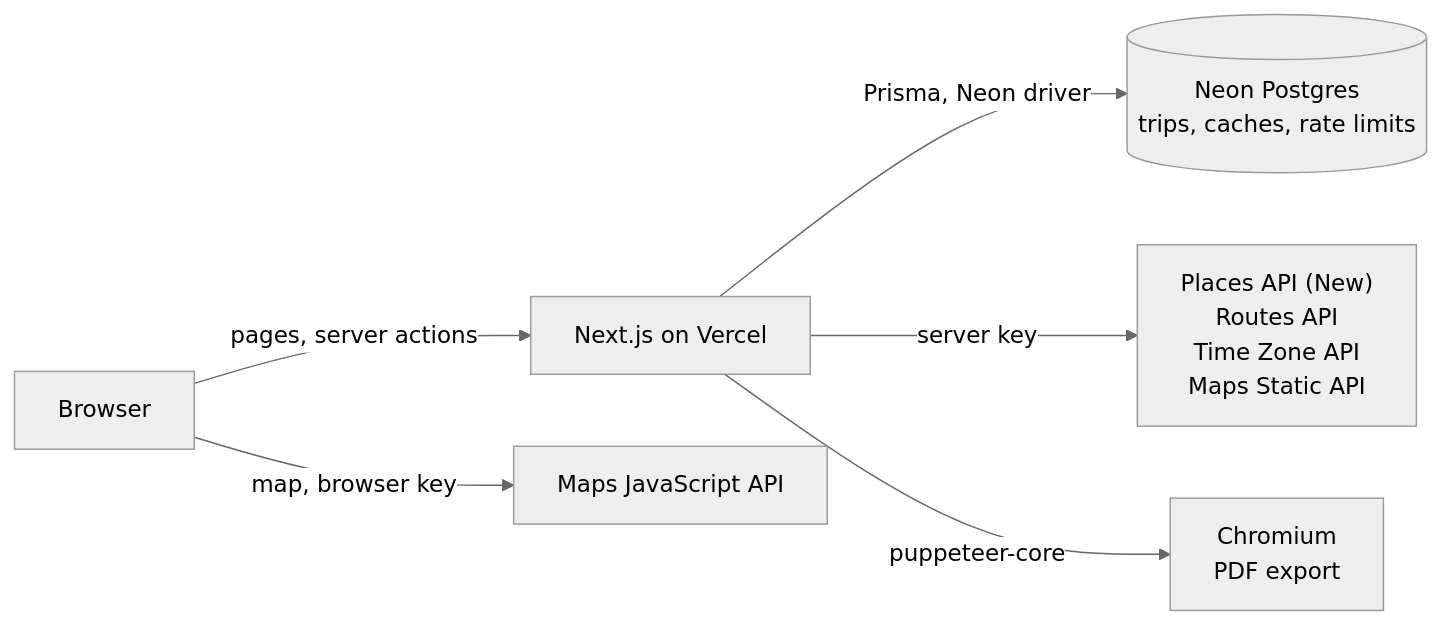
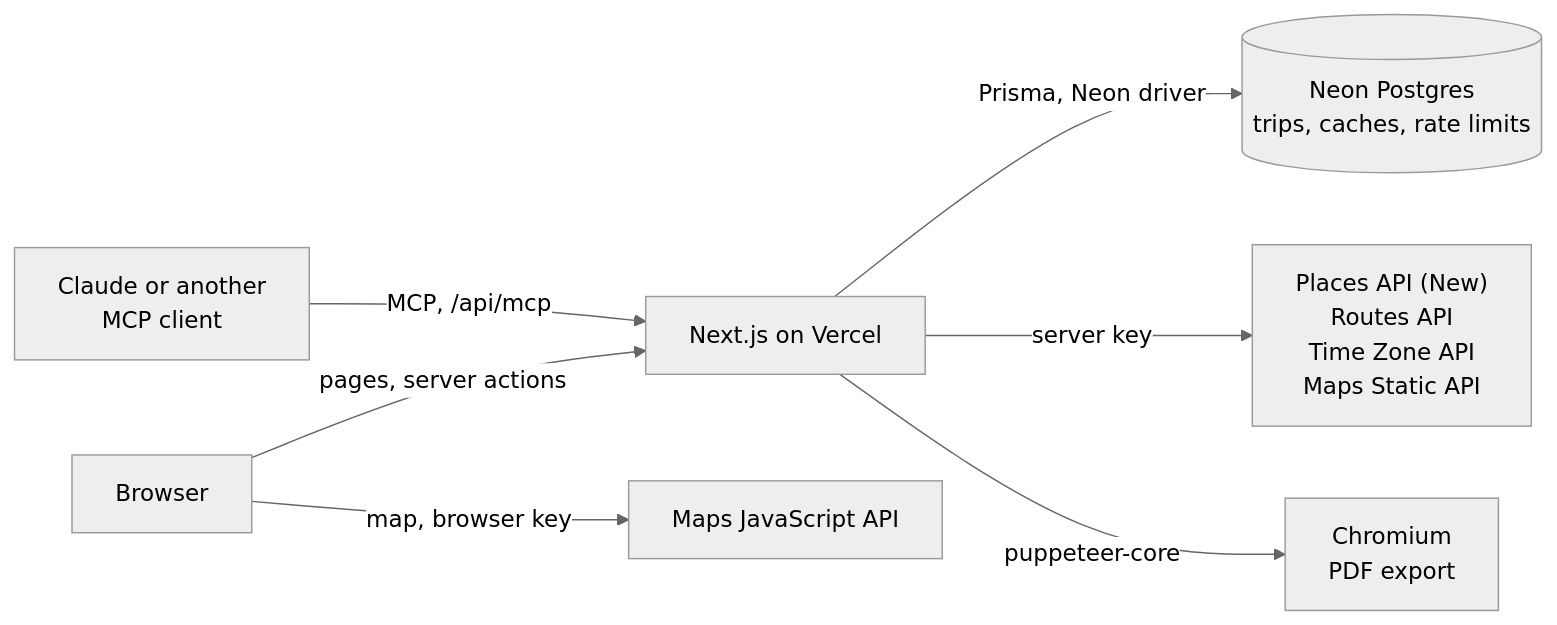
Before and after one commit to viciousbuilders/plan2go: the diagram in README.md, drawn with Mermaid (neutral theme). The commit also changed other lines of this file, not shown here.

Commit message:
docs: update README with documentation for Claude MCP integration features

````diff
--- a/README.md
+++ b/README.md
@@ -38,8 +39,9 @@
 ```mermaid
 flowchart LR
   B["Browser"] -- "pages, server actions" --> A["Next.js on Vercel"]
+  M["Claude or another<br/>MCP client"] -- "MCP, /api/mcp" --> A
   B -- "map, browser key" --> J["Maps JavaScript API"]
   A -- "Prisma, Neon driver" --> D[("Neon Postgres<br/>trips, caches, rate limits")]
   A -- "server key" --> G["Places API (New)<br/>Routes API<br/>Time Zone API<br/>Maps Static API"]
   A -- "puppeteer-core" --> C["Chromium<br/>PDF export"]
 ```
````
